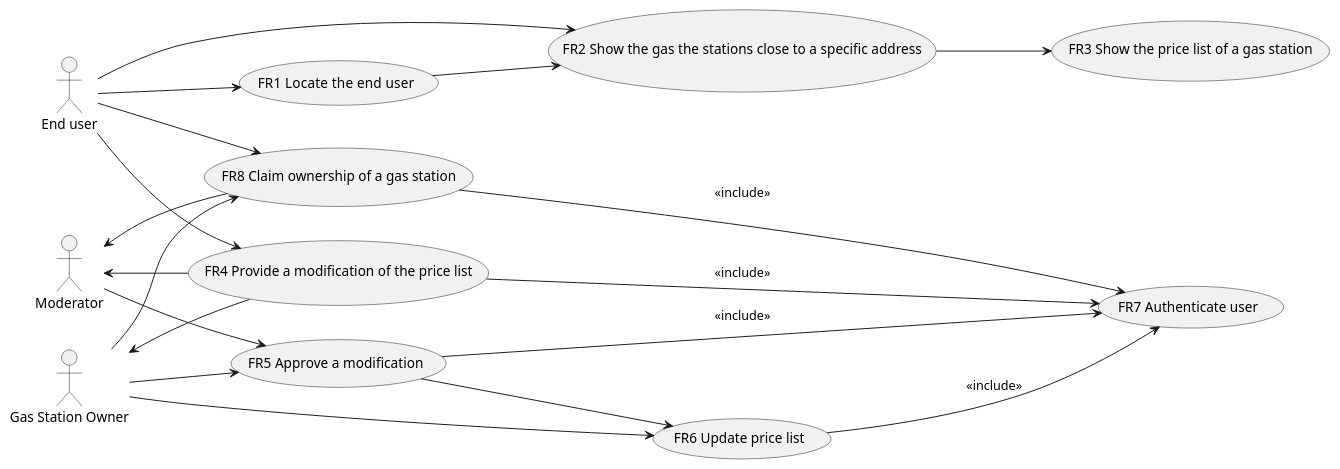
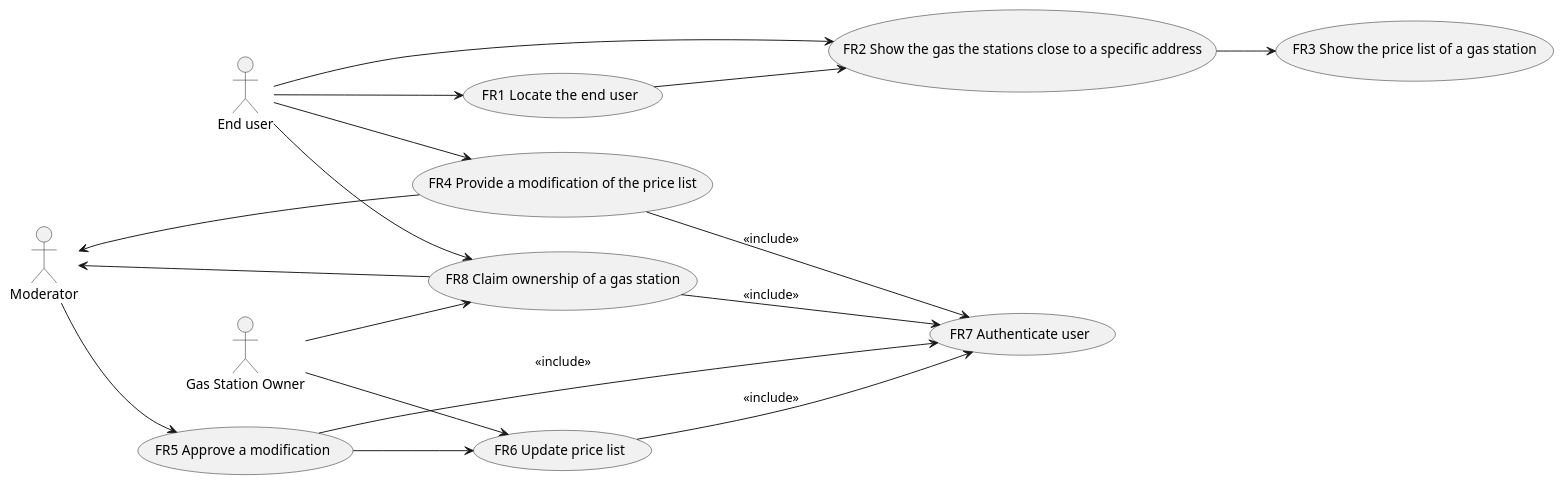
Before and after one commit to SoftengPoliTo/Lab2: the second of 3 diagrams in REQ_s269679.md, drawn with PlantUML. The commit also changed other lines of this file, not shown here.

````diff
--- a/REQ_s269679.md
+++ b/REQ_s269679.md
@@ -110,24 +110,22 @@
 ```plantuml
 left to right direction
 actor "End user" as u
 actor "Moderator" as m
 actor "Gas Station Owner" as go
 u --> (FR1  Locate the end user)
 u --> (FR2 Show the gas the stations close to a specific address)
 (FR1  Locate the end user) --> (FR2 Show the gas the stations close to a specific address)
 (FR2 Show the gas the stations close to a specific address) --> (FR3 Show the price list of a gas station)
 u --> (FR4 Provide a modification of the price list)
 (FR4 Provide a modification of the price list) --> (FR7 Authenticate user) : <<include>>
 u --> (FR8 Claim ownership of a gas station)
 (FR8 Claim ownership of a gas station) --> (FR7 Authenticate user) : <<include>>
 m <-- (FR8 Claim ownership of a gas station)
 m <-- (FR4 Provide a modification of the price list)
 m --> (FR5 Approve a modification)
 (FR5 Approve a modification) --> (FR7 Authenticate user) : <<include>>
 (FR5 Approve a modification) --> (FR6 Update price list)
 (FR6 Update price list) --> (FR7 Authenticate user) : <<include>>
-go <-- (FR4 Provide a modification of the price list)
-go --> (FR5 Approve a modification)
 go --> (FR6 Update price list)
 go --> (FR8 Claim ownership of a gas station)
 ```
````
